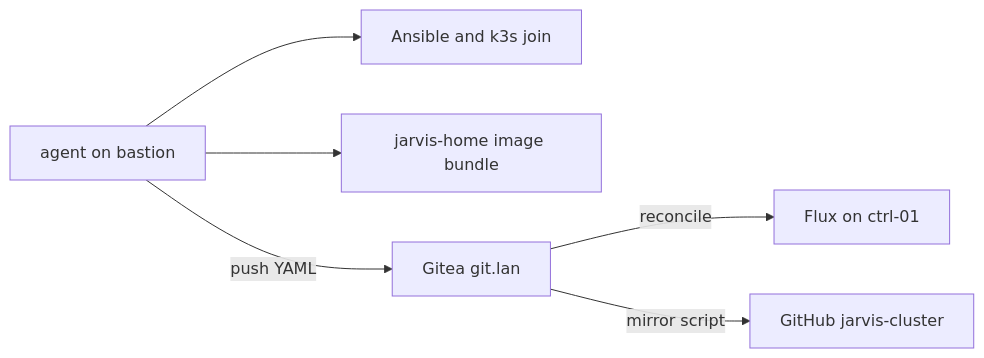
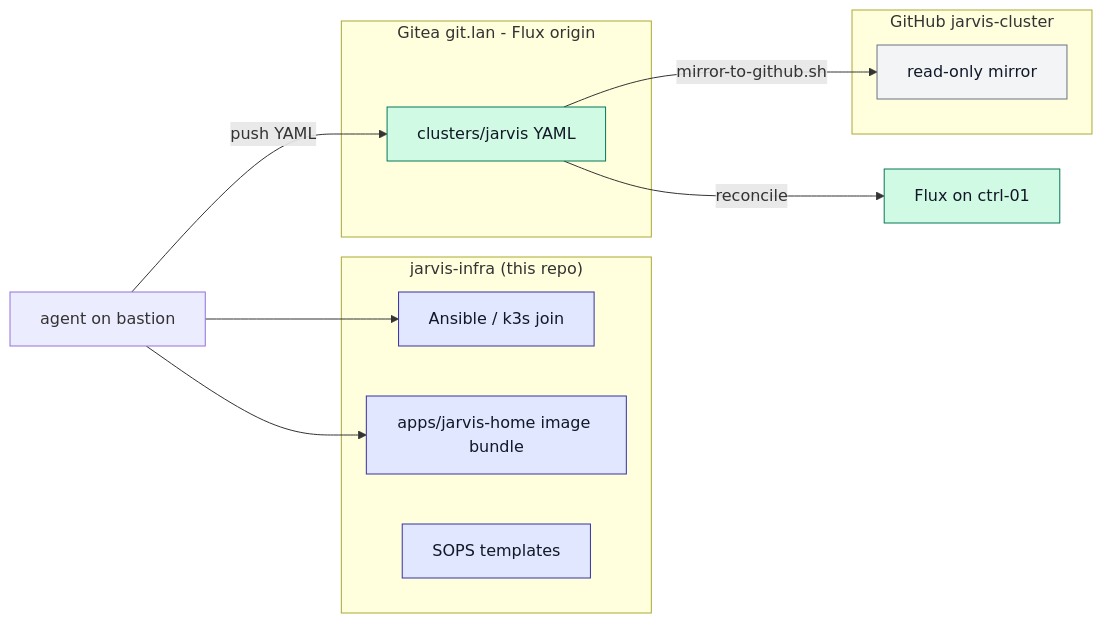
One commit to gordoncooper/jarvis-infra changed the first of 3 diagrams in README.md. Above: the diagram before and after it, drawn with Mermaid. The commit also changed other lines of this file, not shown here.

Commit message:
docs: richer architecture README (colored rack, request path)

````diff
--- a/README.md
+++ b/README.md
@@ -21,8 +26,27 @@
 ```mermaid
 flowchart LR
-  agent["agent on bastion"] --> ansible["Ansible and k3s join"]
-  agent --> image["jarvis-home image bundle"]
-  agent -->|"push YAML"| gitea["Gitea git.lan"]
-  gitea -->|"reconcile"| flux["Flux on ctrl-01"]
-  gitea -->|"mirror script"| gh["GitHub jarvis-cluster"]
+  classDef metal fill:#e0e7ff,stroke:#3730a3,color:#111827
+  classDef gitops fill:#d1fae5,stroke:#047857,color:#111827
+  classDef mirror fill:#f3f4f6,stroke:#6b7280,color:#111827
+
+  subgraph metal["jarvis-infra  (this repo)"]
+    ansible["Ansible / k3s join"]
+    image["apps/jarvis-home image bundle"]
+    secrets["SOPS templates"]
+  end
+  subgraph gitops["Gitea git.lan  - Flux origin"]
+    yaml["clusters/jarvis YAML"]
+  end
+  subgraph mirror["GitHub jarvis-cluster"]
+    gh["read-only mirror"]
+  end
+  agentN["agent on bastion"] --> ansible
+  agentN --> image
+  agentN -->|"push YAML"| yaml
+  yaml -->|"reconcile"| flux["Flux on ctrl-01"]
+  yaml -->|"mirror-to-github.sh"| gh
+
+  class ansible,image,secrets metal
+  class yaml,flux gitops
+  class gh mirror
 ```
````
